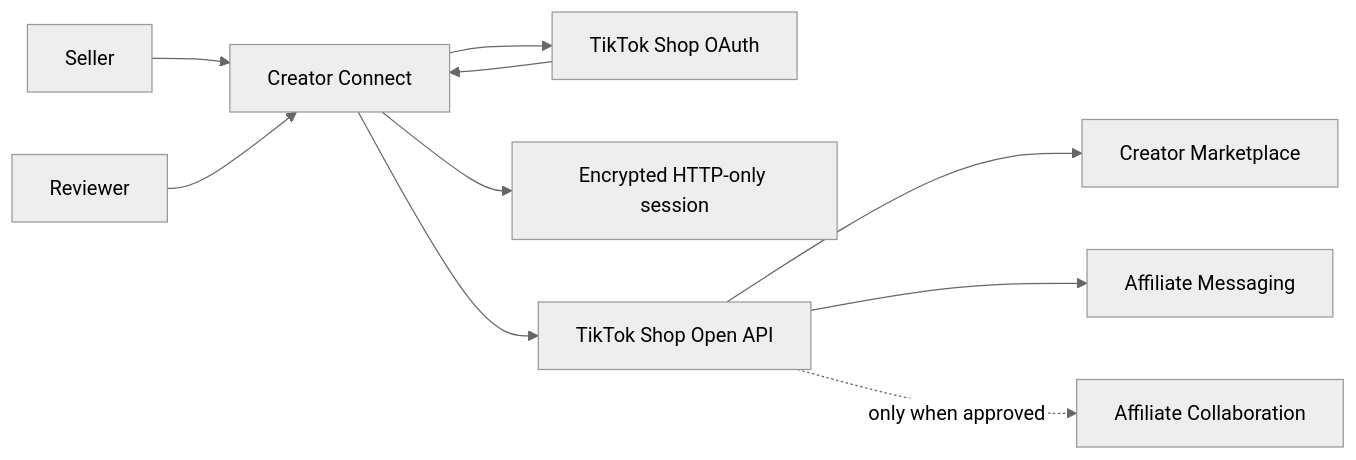
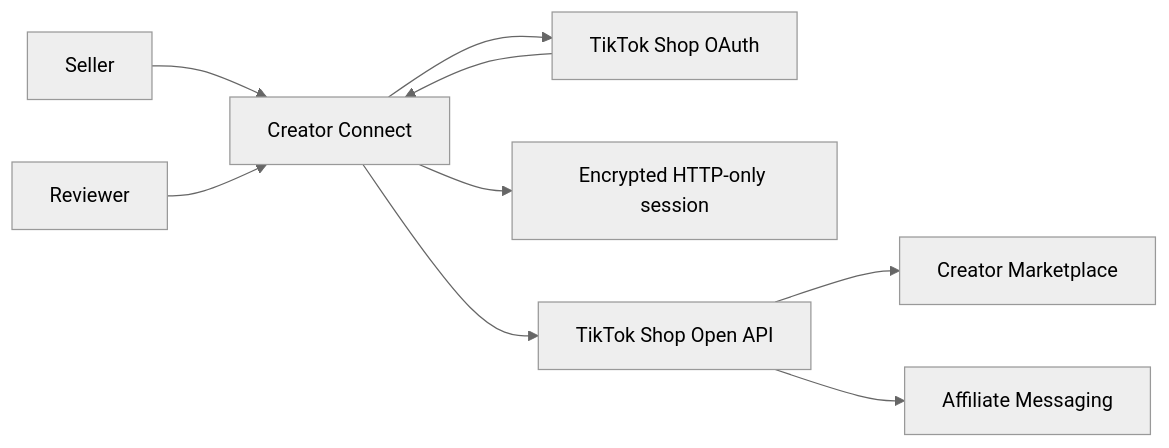
The diagram in docs/PRD.md (sarunn-rb/RB-TikTok-Affiliate), drawn with Mermaid (neutral theme) before and after one commit. The commit also changed other lines of this file and 10 other files, not shown here.

````diff
--- a/docs/PRD.md
+++ b/docs/PRD.md
@@ -108,12 +100,11 @@
 ```mermaid
 flowchart LR
     Seller --> App[Creator Connect]
     Reviewer --> App
     App --> TikTokOAuth[TikTok Shop OAuth]
     TikTokOAuth --> App
     App --> Session[Encrypted HTTP-only session]
     App --> TikTokShopAPI[TikTok Shop Open API]
     TikTokShopAPI --> CreatorMarketplace[Creator Marketplace]
     TikTokShopAPI --> AffiliateMessaging[Affiliate Messaging]
-    TikTokShopAPI -. only when approved .-> AffiliateCollaboration[Affiliate Collaboration]
 ```
````
